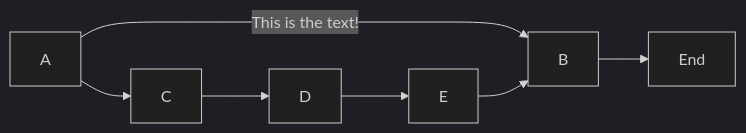
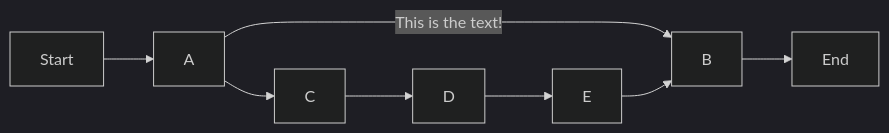
One commit to szks-repo/mermaid_md_test changed the first of 2 diagrams in README.md. Above: the diagram before and after it, drawn with Mermaid (dark theme).

````diff
--- a/README.md
+++ b/README.md
@@ -4,9 +4,10 @@
 ```mermaid
 flowchart LR
+    Start-->A
     A-- This is the text! -->B
     A-->C
     C-->D
     D-->E
     E-->B
     B-->End
 ```
````
